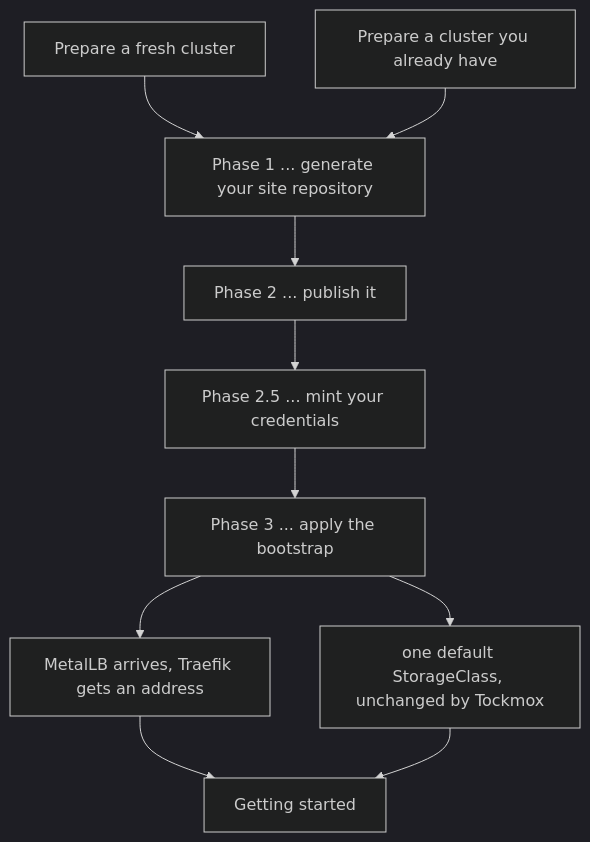
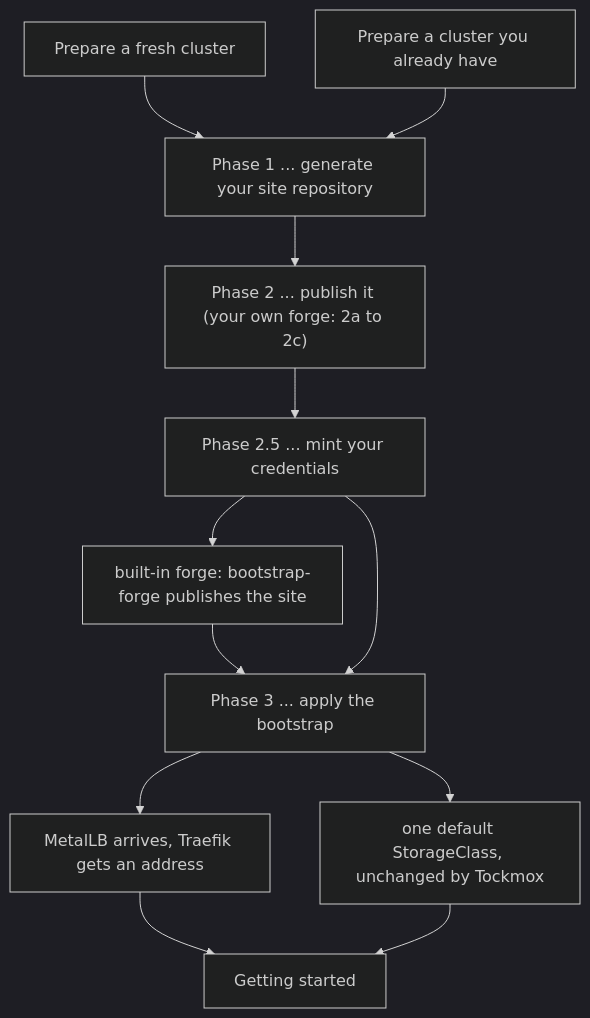
The diagram in docs/deployment/install.md (tockmox/tockmox), drawn with Mermaid (dark theme) before and after one commit. The commit also changed other lines of this file and 33 other files, not shown here.

First line of the commit message:
The built-in forge becomes the installer's default (#165)

````diff
--- a/docs/deployment/install.md
+++ b/docs/deployment/install.md
@@ -33,12 +47,14 @@
 ```mermaid
 flowchart TD
     A["Prepare a fresh cluster"] --> C
     B["Prepare a cluster you already have"] --> C
-    C["Phase 1 ... generate your site repository"] --> D["Phase 2 ... publish it"]
+    C["Phase 1 ... generate your site repository"] --> D["Phase 2 ... publish it (your own forge: 2a to 2c)"]
     D --> E["Phase 2.5 ... mint your credentials"]
+    E --> P["built-in forge: bootstrap-forge publishes the site"]
+    P --> F
     E --> F["Phase 3 ... apply the bootstrap"]
     F --> G["MetalLB arrives, Traefik gets an address"]
     F --> H["one default StorageClass, unchanged by Tockmox"]
     G --> I["Getting started"]
     H --> I
 ```
````
